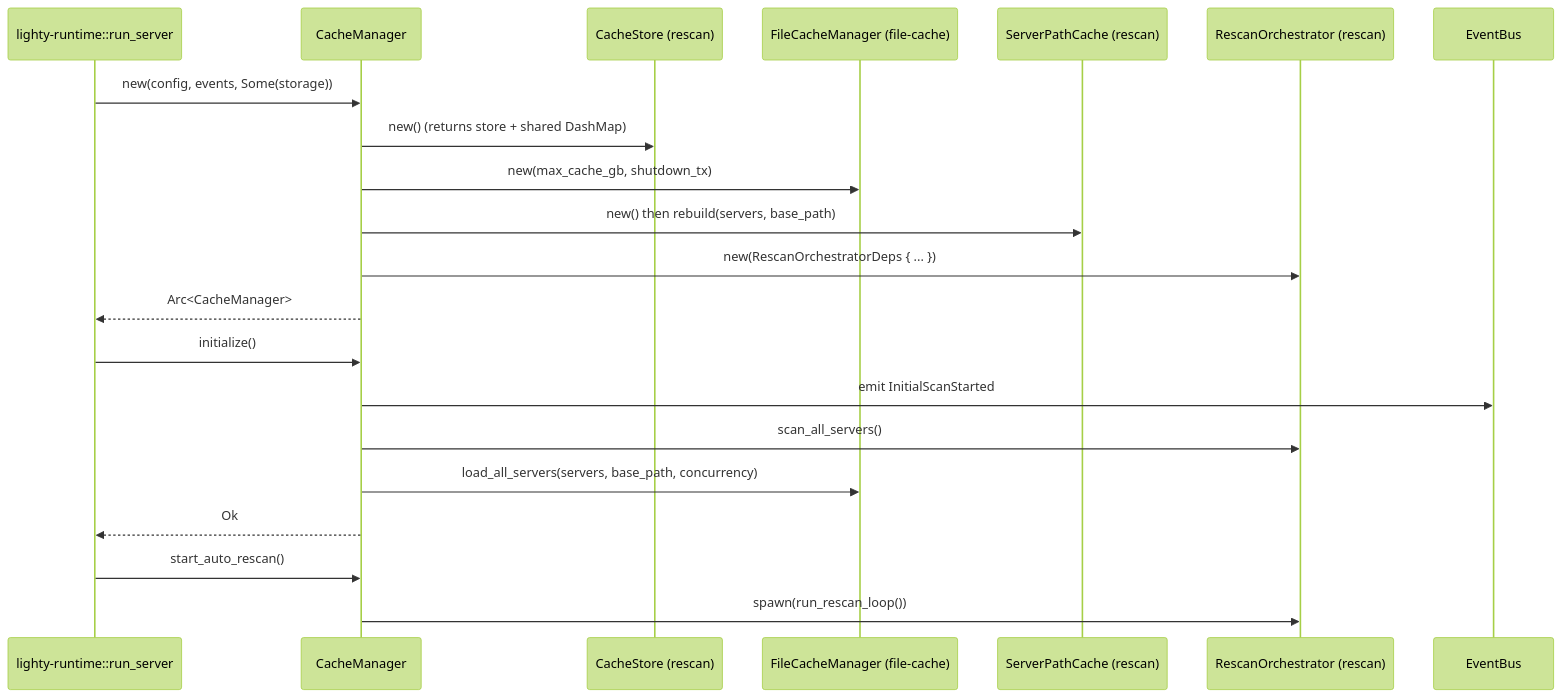
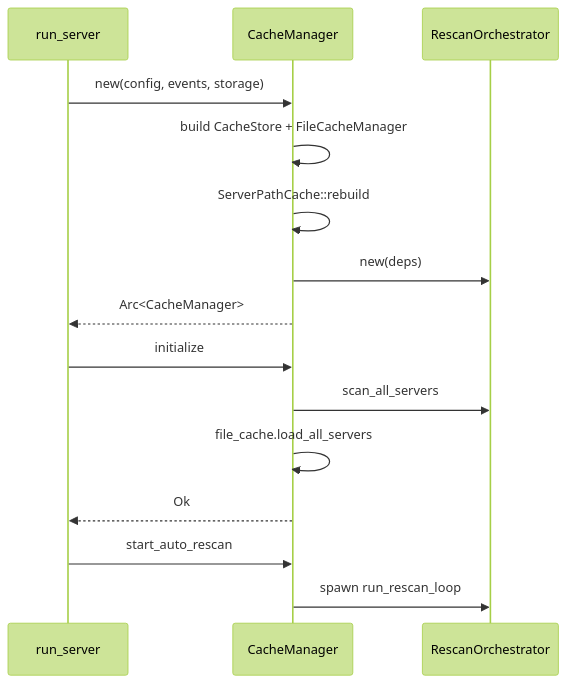
Before and after one commit to Lighty-Launcher/LightyUpdater: the first of 4 diagrams in crates/cache/docs/flows.md, drawn with Mermaid (forest theme). The commit also changed other lines of this file and 22 other files, not shown here.

First line of the commit message:
Simplify per-crate docs + harden mermaid for GitBook

````diff
--- a/crates/cache/docs/flows.md
+++ b/crates/cache/docs/flows.md
@@ -9,26 +5,20 @@
 ```mermaid
 sequenceDiagram
-    participant Run as lighty-runtime::run_server
+    participant Run as run_server
     participant CM as CacheManager
-    participant Store as CacheStore (rescan)
-    participant FC as FileCacheManager (file-cache)
-    participant SPC as ServerPathCache (rescan)
-    participant Orch as RescanOrchestrator (rescan)
-    participant Bus as EventBus
+    participant Orch as RescanOrchestrator
 
-    Run->>CM: new(config, events, Some(storage))
-    CM->>Store: new() (returns store + shared DashMap)
-    CM->>FC: new(max_cache_gb, shutdown_tx)
-    CM->>SPC: new() then rebuild(servers, base_path)
-    CM->>Orch: new(RescanOrchestratorDeps { ... })
+    Run->>CM: new(config, events, storage)
+    CM->>CM: build CacheStore + FileCacheManager
+    CM->>CM: ServerPathCache::rebuild
+    CM->>Orch: new(deps)
     CM-->>Run: Arc<CacheManager>
 
-    Run->>CM: initialize()
-    CM->>Bus: emit InitialScanStarted
-    CM->>Orch: scan_all_servers()
-    CM->>FC: load_all_servers(servers, base_path, concurrency)
+    Run->>CM: initialize
+    CM->>Orch: scan_all_servers
+    CM->>CM: file_cache.load_all_servers
     CM-->>Run: Ok
 
-    Run->>CM: start_auto_rescan()
-    CM->>Orch: spawn(run_rescan_loop())
+    Run->>CM: start_auto_rescan
+    CM->>Orch: spawn run_rescan_loop
 ```
````
